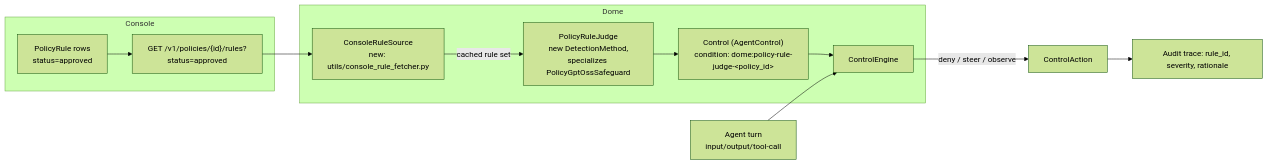
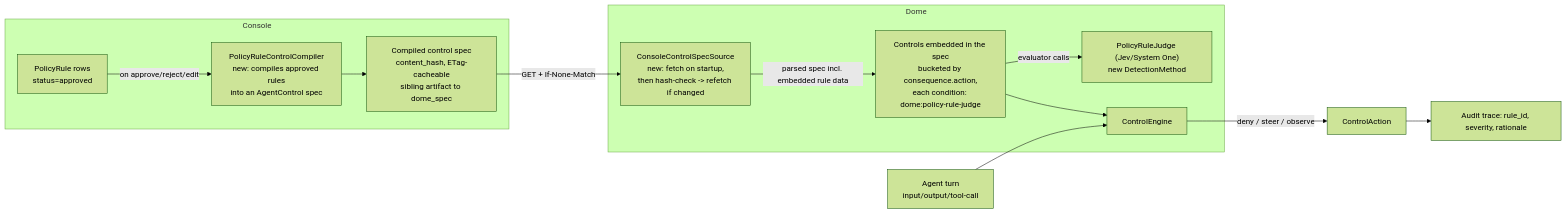
One commit to vijilAI/vijil-dome changed the diagram in docs/policy-enforcement/2026-10-06-policy-enforcement-scoping.md. Above: the diagram before and after it, drawn with Mermaid (forest theme). The commit also changed other lines of this file, not shown here.

````diff
--- a/docs/policy-enforcement/2026-10-06-policy-enforcement-scoping.md
+++ b/docs/policy-enforcement/2026-10-06-policy-enforcement-scoping.md
@@ -135,23 +178,24 @@
 ```mermaid
 flowchart LR
     subgraph Console
         PR[PolicyRule rows<br/>status=approved]
-        API["GET /v1/policies/{id}/rules?status=approved"]
-        PR --> API
+        Compiler[PolicyRuleControlCompiler<br/>new: compiles approved rules<br/>into an AgentControl spec]
+        Spec[Compiled control spec<br/>content_hash, ETag-cacheable<br/>sibling artifact to dome_spec]
+        PR -->|on approve/reject/edit| Compiler --> Spec
     end
 
     subgraph Dome
-        Fetcher[ConsoleRuleSource<br/>new: utils/console_rule_fetcher.py]
-        Judge[PolicyRuleJudge<br/>new DetectionMethod,<br/>specializes PolicyGptOssSafeguard]
-        Control["Control (AgentControl)<br/>condition: dome:policy-rule-judge-&lt;policy_id&gt;"]
+        Fetcher["ConsoleControlSpecSource<br/>new: fetch on startup,<br/>then hash-check -&gt; refetch if changed"]
+        Judge["PolicyRuleJudge (Jev/System One)<br/>new DetectionMethod"]
+        Controls["Controls embedded in the spec<br/>bucketed by consequence.action,<br/>each condition: dome:policy-rule-judge"]
         Engine[ControlEngine]
-        API --> Fetcher
-        Fetcher -->|cached rule set| Judge
-        Judge --> Control
-        Control --> Engine
+        Spec -->|GET + If-None-Match| Fetcher
+        Fetcher -->|parsed spec incl. embedded rule data| Controls
+        Controls -->|evaluator calls| Judge
+        Controls --> Engine
     end
 
     Turn[Agent turn<br/>input/output/tool-call] --> Engine
     Engine -->|deny / steer / observe| Decision[ControlAction]
     Decision --> Audit[Audit trace: rule_id, severity, rationale]
 ```
````
